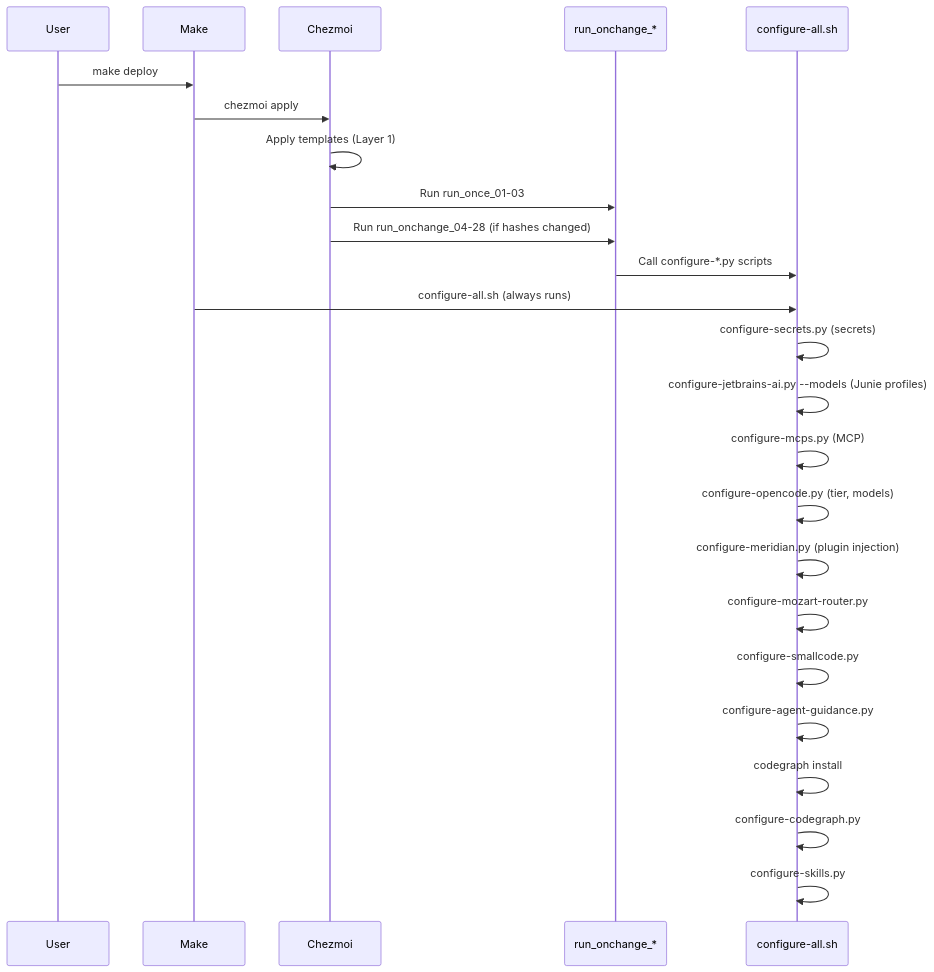
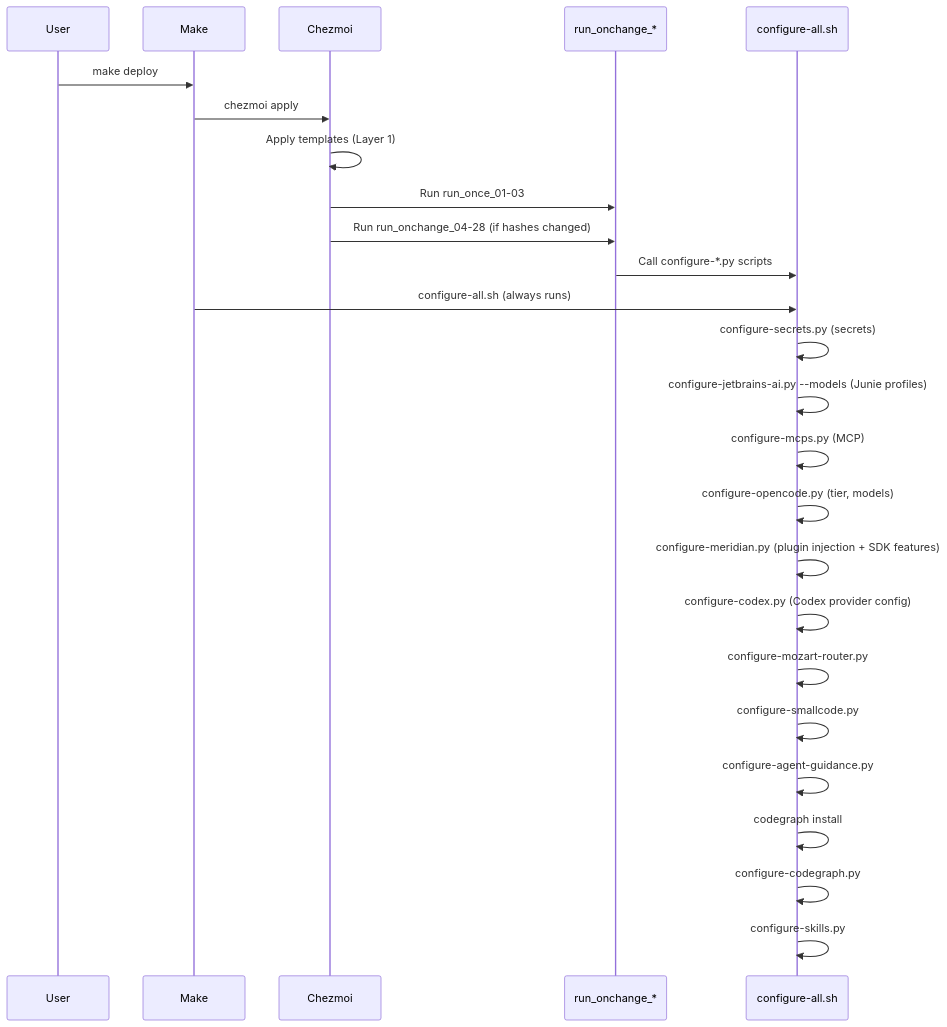
The second of 3 diagrams in docs/ORCHESTRATION.md (randytarampi/dotfiles), drawn with Mermaid before and after one commit.

Commit message:
docs(orchestration): add configure-codex.py to script inventory
Add the new Codex provider configuration script to the mermaid diagram
in docs/ORCHESTRATION.md, and update the configure-meridian.py entry
to mention SDK feature management.

````diff
--- a/docs/ORCHESTRATION.md
+++ b/docs/ORCHESTRATION.md
@@ -82,27 +82,28 @@
 ```mermaid
 sequenceDiagram
     participant User
     participant Make
     participant Chezmoi
     participant Scripts as run_onchange_*
     participant Configure as configure-all.sh
 
     User->>Make: make deploy
     Make->>Chezmoi: chezmoi apply
     Chezmoi->>Chezmoi: Apply templates (Layer 1)
     Chezmoi->>Scripts: Run run_once_01-03
     Chezmoi->>Scripts: Run run_onchange_04-28 (if hashes changed)
     Scripts->>Configure: Call configure-*.py scripts
     Make->>Configure: configure-all.sh (always runs)
     Configure->>Configure: configure-secrets.py (secrets)
     Configure->>Configure: configure-jetbrains-ai.py --models (Junie profiles)
     Configure->>Configure: configure-mcps.py (MCP)
     Configure->>Configure: configure-opencode.py (tier, models)
-    Configure->>Configure: configure-meridian.py (plugin injection)
+    Configure->>Configure: configure-meridian.py (plugin injection + SDK features)
+    Configure->>Configure: configure-codex.py (Codex provider config)
     Configure->>Configure: configure-mozart-router.py
     Configure->>Configure: configure-smallcode.py
     Configure->>Configure: configure-agent-guidance.py
     Configure->>Configure: codegraph install
     Configure->>Configure: configure-codegraph.py
     Configure->>Configure: configure-skills.py
 ```
````
